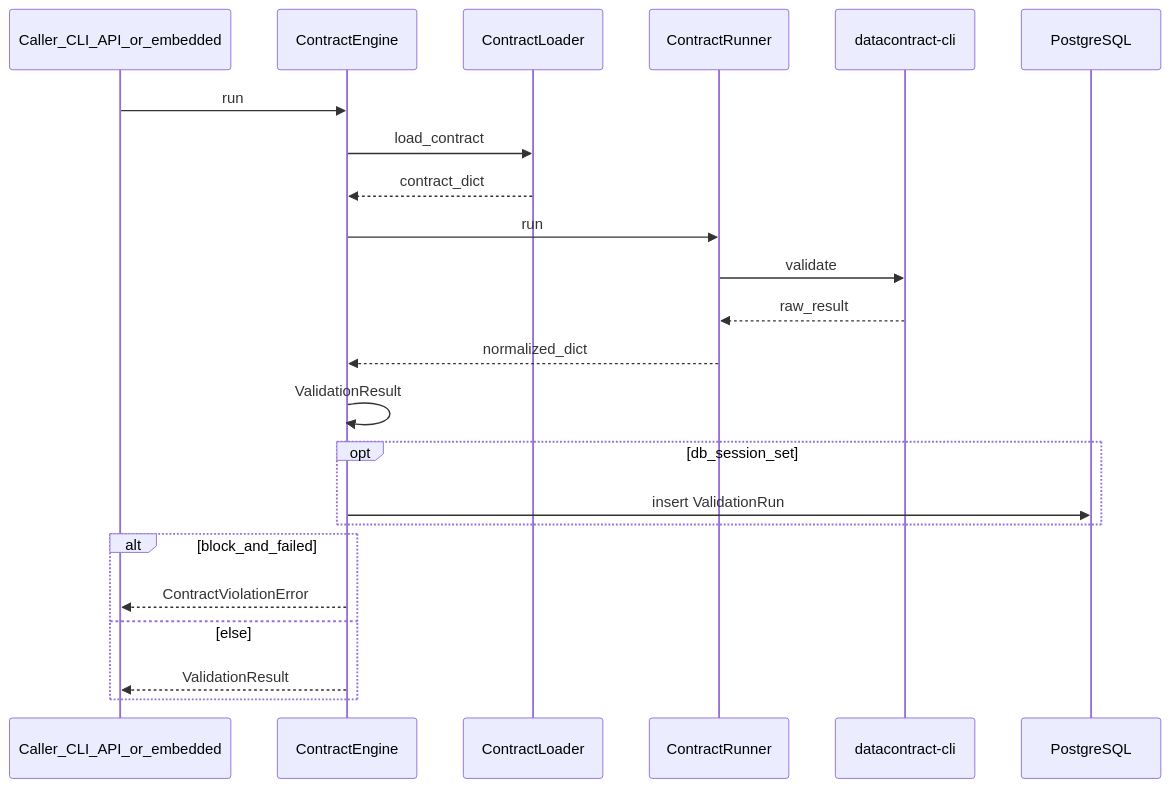
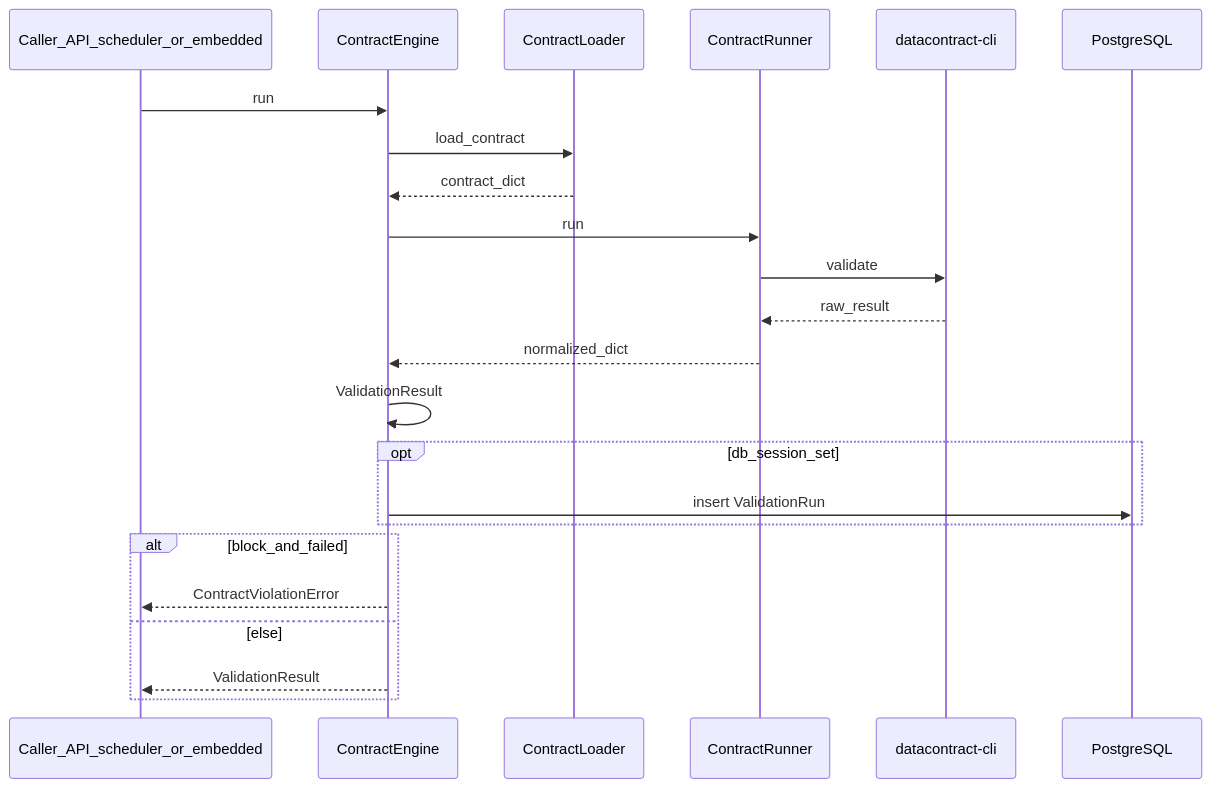
One commit to daun-gatal/sraosha changed the second of 2 diagrams in ARCHITECTURE.md. Above: the diagram before and after it, drawn with Mermaid. The commit also changed other lines of this file and 149 other files, not shown here.

````diff
--- a/ARCHITECTURE.md
+++ b/ARCHITECTURE.md
@@ -46,25 +46,25 @@
 ```mermaid
 sequenceDiagram
-  participant Caller as Caller_CLI_API_or_embedded
+  participant Caller as Caller_API_scheduler_or_embedded
   participant Engine as ContractEngine
   participant Loader as ContractLoader
   participant Runner as ContractRunner
   participant DC as datacontract-cli
   participant DB as PostgreSQL
   Caller->>Engine: run
   Engine->>Loader: load_contract
   Loader-->>Engine: contract_dict
   Engine->>Runner: run
   Runner->>DC: validate
   DC-->>Runner: raw_result
   Runner-->>Engine: normalized_dict
   Engine->>Engine: ValidationResult
   opt db_session_set
     Engine->>DB: insert ValidationRun
   end
   alt block_and_failed
     Engine-->>Caller: ContractViolationError
   else else
     Engine-->>Caller: ValidationResult
   end
 ```
````
